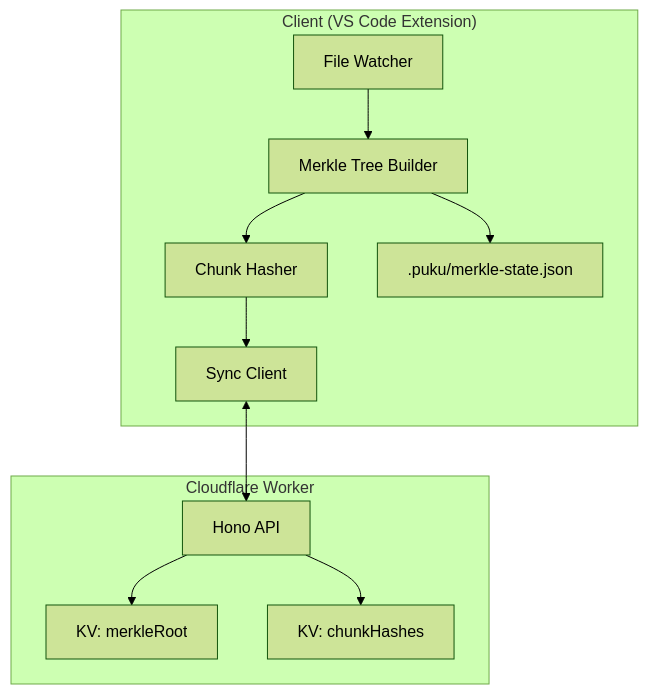
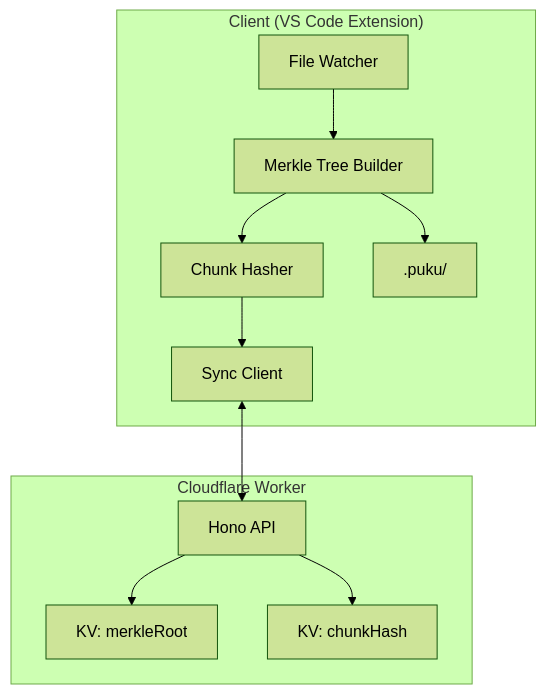
The first of 6 diagrams in Documentation/phase-1-implementation-plan.md (poridhioss/indexing-system-poc), drawn with Mermaid (forest theme) before and after one commit. The commit also changed other lines of this file, not shown here.

````diff
--- a/Documentation/phase-1-implementation-plan.md
+++ b/Documentation/phase-1-implementation-plan.md
@@ -11,24 +9,24 @@
 ```mermaid
 flowchart TB
     subgraph Client["Client (VS Code Extension)"]
         FW[File Watcher]
         MT[Merkle Tree Builder]
         CH[Chunk Hasher]
         SC[Sync Client]
-        LStore[".puku/merkle-state.json"]
+        LStore[".puku/"]
     end
 
     subgraph Server["Cloudflare Worker"]
         API[Hono API]
         MStore[KV: merkleRoot]
-        HStore[KV: chunkHashes]
+        HStore[KV: chunkHash]
     end
 
     FW --> MT
     MT --> CH
     CH --> SC
     MT --> LStore
     SC <--> API
     API --> MStore
     API --> HStore
 ```
````
